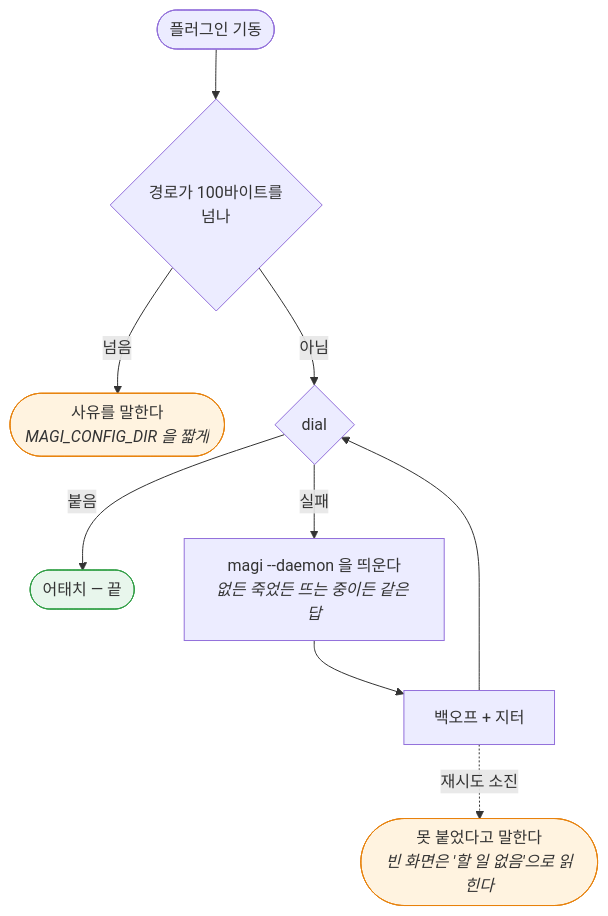
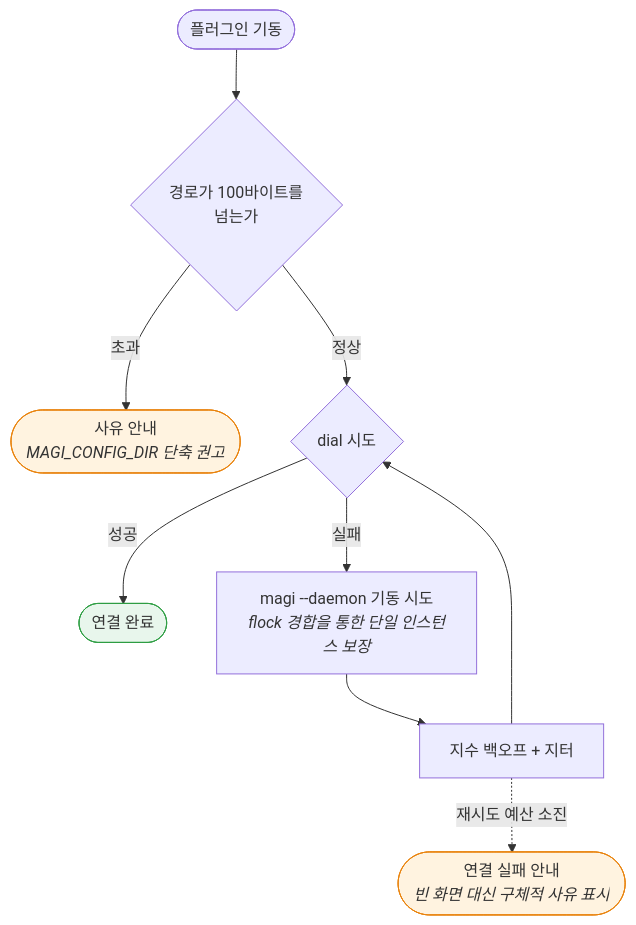
One commit to sayaya1090/magi changed the second of 4 diagrams in clients/jetbrains/README.md. Above: the diagram before and after it, drawn with Mermaid. The commit also changed other lines of this file and 18 other files, not shown here.

````diff
--- a/clients/jetbrains/README.md
+++ b/clients/jetbrains/README.md
@@ -169,14 +147,14 @@
 ```mermaid
 flowchart TD
-    S([플러그인 기동]) --> P{"경로가 100바이트를<br/>넘나"}
-    P -->|넘음| TL([사유를 말한다<br/><i>MAGI_CONFIG_DIR 을 짧게</i>])
-    P -->|아님| C{dial}
-    C -->|붙음| A([어태치 — 끝])
-    C -->|실패| L["magi --daemon 을 띄운다<br/><i>없든 죽었든 뜨는 중이든 같은 답</i>"]
-    L --> W["백오프 + 지터"] --> C
-    W -.->|재시도 소진| U([못 붙었다고 말한다<br/><i>빈 화면은 '할 일 없음'으로 읽힌다</i>])
+    S([플러그인 기동]) --> P{"경로가 100바이트를<br/>넘는가"}
+    P -->|초과| TL([사유 안내<br/><i>MAGI_CONFIG_DIR 단축 권고</i>])
+    P -->|정상| C{dial 시도}
+    C -->|성공| A([연결 완료])
+    C -->|실패| L["magi --daemon 기동 시도<br/><i>flock 경합을 통한 단일 인스턴스 보장</i>"]
+    L --> W["지수 백오프 + 지터"] --> C
+    W -.->|재시도 예산 소진| U([연결 실패 안내<br/><i>빈 화면 대신 구체적 사유 표시</i>])
 
     style A fill:#e8f6ec,stroke:#2f9e44
     style U fill:#fff3e0,stroke:#e8820c
     style TL fill:#fff3e0,stroke:#e8820c
 ```
````
